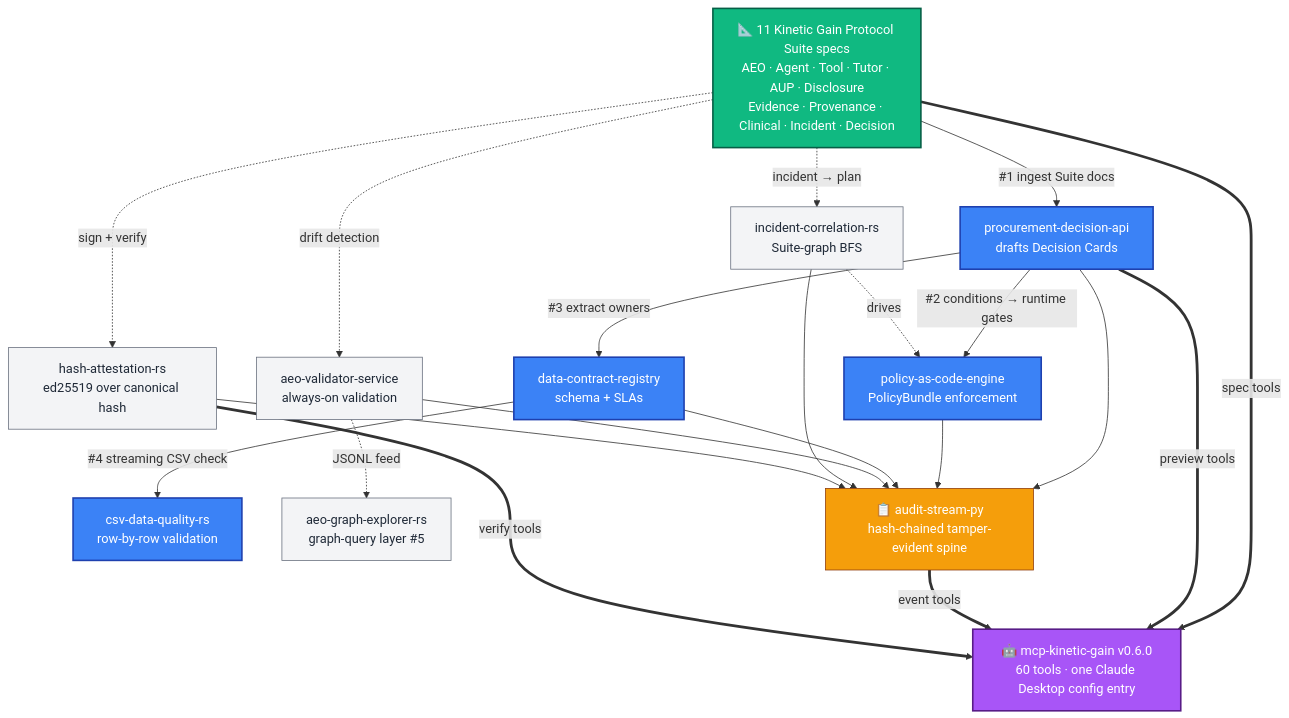
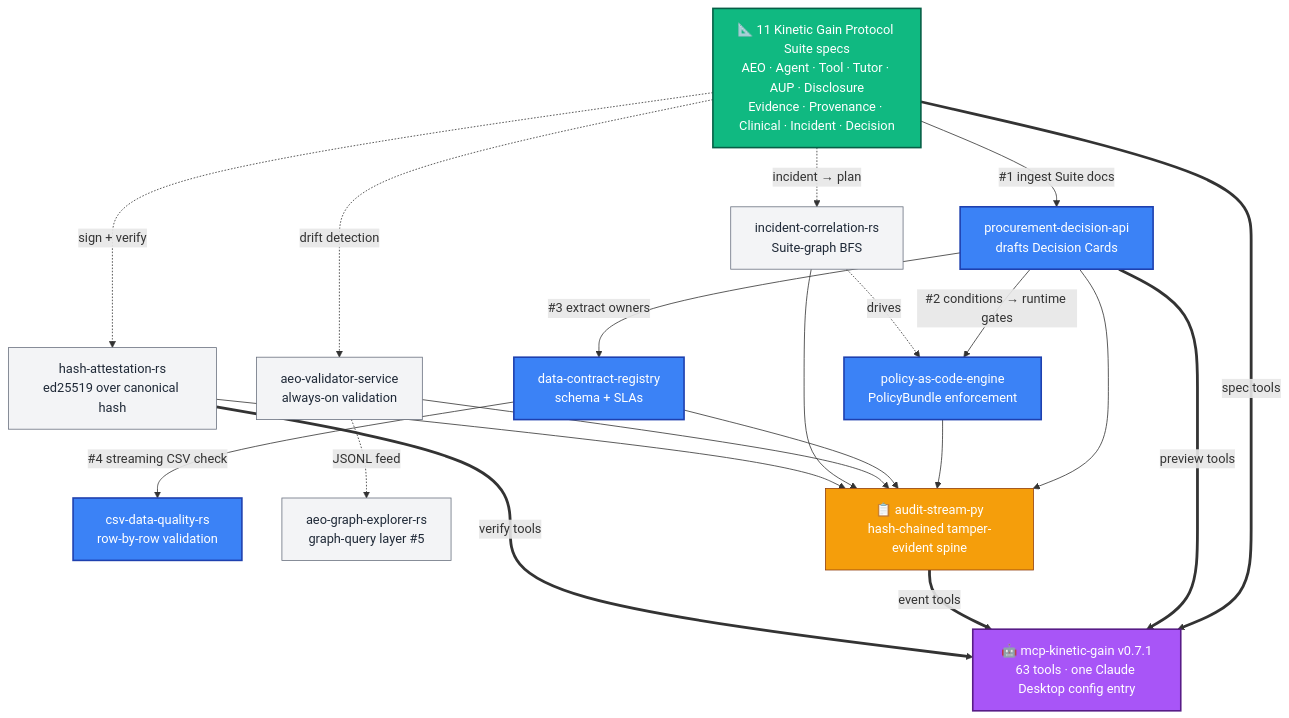
Before and after one commit to mizcausevic-dev/mizcausevic-dev: the first of 2 diagrams in README.md, drawn with Mermaid. The commit also changed other lines of this file, not shown here.

Commit message:
QA: standardize mcp-kinetic-gain references to v0.7.1 / 63 tools
Fix drifted version/tool-count refs (were a mix of v0.4.0/34, v0.5.2/47,
v0.6.0/60) to the current v0.7.1 / 63 tools (47 spec + 16 implementation-
preview) / 11 specs. Also corrects the stale test count (96 -> 126).

````diff
--- a/README.md
+++ b/README.md
@@ -39,35 +39,35 @@
 ```mermaid
 flowchart TB
     classDef spec fill:#10b981,stroke:#065f46,color:#fff,stroke-width:2px
     classDef hook fill:#3b82f6,stroke:#1e40af,color:#fff,stroke-width:2px
     classDef sup fill:#f3f4f6,stroke:#6b7280,color:#1f2937
     classDef stream fill:#f59e0b,stroke:#92400e,color:#fff
     classDef mcp fill:#a855f7,stroke:#581c87,color:#fff,stroke-width:2px
 
     SPECS["📐 11 Kinetic Gain Protocol Suite specs<br/>AEO · Agent · Tool · Tutor · AUP · Disclosure<br/>Evidence · Provenance · Clinical · Incident · Decision"]:::spec
 
     SPECS -->|"#1 ingest Suite docs"| PDA["procurement-decision-api<br/>drafts Decision Cards"]:::hook
     PDA -->|"#2 conditions → runtime gates"| PAC["policy-as-code-engine<br/>PolicyBundle enforcement"]:::hook
     PDA -->|"#3 extract owners"| DCR["data-contract-registry<br/>schema + SLAs"]:::hook
     DCR -->|"#4 streaming CSV check"| CDQ["csv-data-quality-rs<br/>row-by-row validation"]:::hook
 
     SPECS -.->|sign + verify| HA["hash-attestation-rs<br/>ed25519 over canonical hash"]:::sup
     SPECS -.->|drift detection| AVS["aeo-validator-service<br/>always-on validation"]:::sup
     AVS -.->|JSONL feed| AGE["aeo-graph-explorer-rs<br/>graph-query layer #5"]:::sup
     SPECS -.->|incident → plan| ICR["incident-correlation-rs<br/>Suite-graph BFS"]:::sup
     ICR -.->|drives| PAC
 
     PDA --> AS
     PAC --> AS
     DCR --> AS
     AVS --> AS
     ICR --> AS
     HA --> AS
     AS["📋 audit-stream-py<br/>hash-chained tamper-evident spine"]:::stream
 
     SPECS ==>|spec tools| MCP
     PDA ==>|preview tools| MCP
     AS ==>|event tools| MCP
     HA ==>|verify tools| MCP
-    MCP["🤖 mcp-kinetic-gain v0.6.0<br/>60 tools · one Claude Desktop config entry"]:::mcp
+    MCP["🤖 mcp-kinetic-gain v0.7.1<br/>63 tools · one Claude Desktop config entry"]:::mcp
 ```
````
